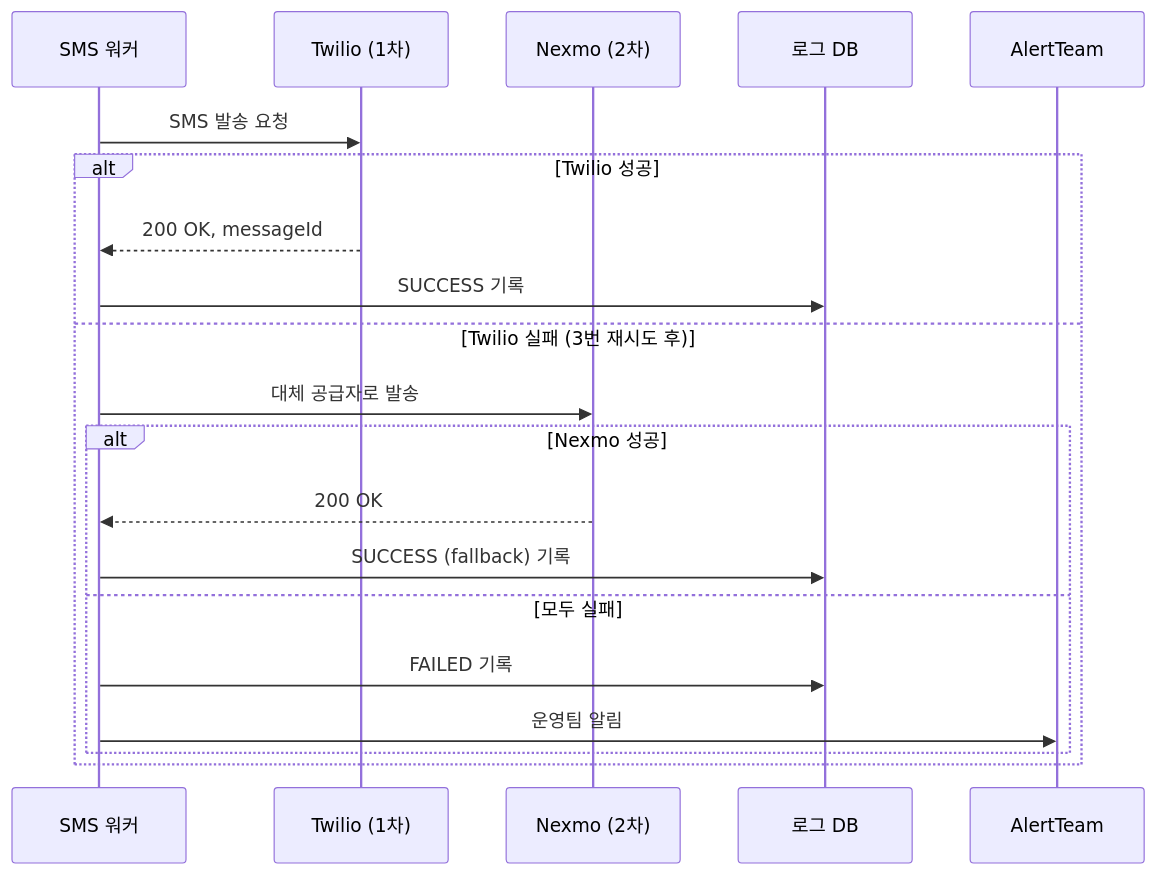
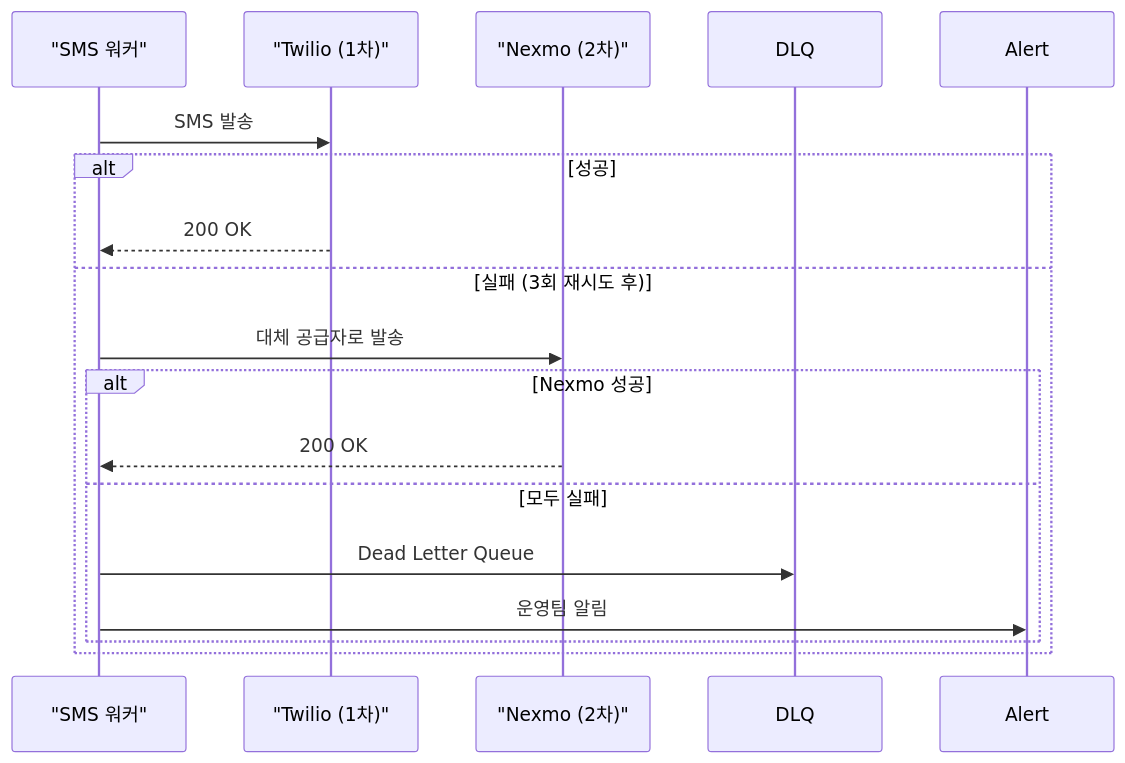
The third of 6 diagrams in _posts/systemdesign/2026-05-02-system-design-notification.md (yjkim2015/yjkim2015.github.io), drawn with Mermaid before and after one commit. The commit also changed other lines of this file and 122 other files, not shown here.

````diff
--- a/_posts/systemdesign/2026-05-02-system-design-notification.md
+++ b/_posts/systemdesign/2026-05-02-system-design-notification.md
@@ -121,22 +120,19 @@
 ```mermaid
 sequenceDiagram
-    participant Worker as SMS 워커
-    participant Twilio as Twilio (1차)
-    participant Nexmo as Nexmo (2차)
-    participant DB as 로그 DB
+    participant W as "SMS 워커"
+    participant T as "Twilio (1차)"
+    participant N as "Nexmo (2차)"
 
-    Worker->>Twilio: SMS 발송 요청
-    alt Twilio 성공
-        Twilio-->>Worker: 200 OK, messageId
-        Worker->>DB: SUCCESS 기록
-    else Twilio 실패 (3번 재시도 후)
-        Worker->>Nexmo: 대체 공급자로 발송
+    W->>T: SMS 발송
+    alt 성공
+        T-->>W: 200 OK
+    else 실패 (3회 재시도 후)
+        W->>N: 대체 공급자로 발송
         alt Nexmo 성공
-            Nexmo-->>Worker: 200 OK
-            Worker->>DB: SUCCESS (fallback) 기록
+            N-->>W: 200 OK
         else 모두 실패
-            Worker->>DB: FAILED 기록
-            Worker->>AlertTeam: 운영팀 알림
+            W->>DLQ: Dead Letter Queue
+            W->>Alert: 운영팀 알림
         end
     end
 ```
````
